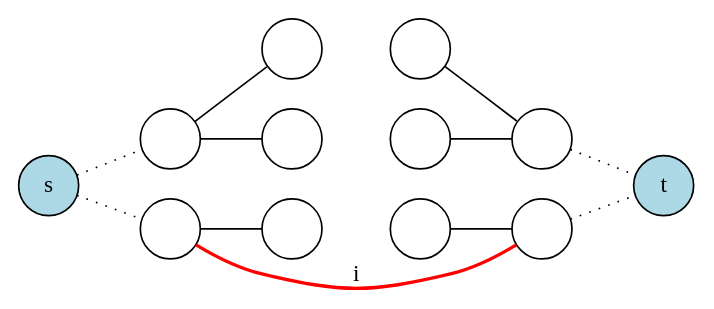
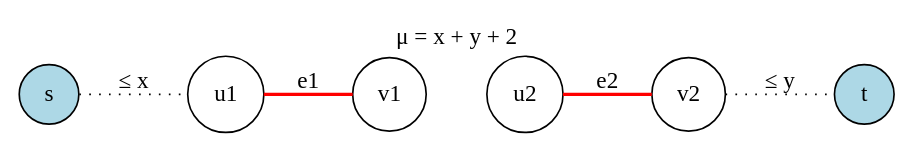
One commit to amitai100/bidirectional-dijkstra changed the fifth of 10 diagrams in presentation.qmd. Above: the diagram before and after it, drawn with Graphviz. The commit also changed other lines of this file, not shown here.

````diff
--- a/presentation.qmd
+++ b/presentation.qmd
@@ -309,33 +322,22 @@
 ```{dot}
-digraph {
-    rankdir=LR;
-
-    // Global edge setting: hide arrowheads
-    edge [dir=none]; 
-    node [shape=circle, label=""];
-
+graph  {
+    rankdir=LR
+    label="μ = x + y + 2";
+    labelloc = "t";
+    node [shape=circle];
+    
     s [label="s", style=filled, fillcolor=lightblue];
     t [label="t", style=filled, fillcolor=lightblue];
+    u1 [label="u1"];
+    v1 [label="v1"];
+    u2 [label="u2"];
+    v2 [label="v2"];
 
-    s -> {u1, u2} [style="dotted"];
-    u1 -> {u3, u4};
-    u2 -> u5;
-
-    {v3, v4} -> v1;
-    v5 -> v2;
-    {v1, v2} -> t [style="dotted"];
-
-    u2 -> v2 [label="i",style="bold", color=red, penwidth=2];
-    u3 -> v3 [style="invisible"];
-    u4 -> v4 [style="invisible"];
-    u5 -> v5 [style="invisible"];
-
-    {rank=source; s}
-    {rank=sink; t}
-    {rank=same; u1; u2}
-    {rank=same; v1; v2}
-    {rank=same; u3; u4; u5}
-    {rank=same; v3; v4; v5}
-
+    s -- u1 [style="dotted", label=" ≤ x"];
+    v2 -- t [style="dotted", label=" ≤ y"];
+    u1 -- v1 [label="e1", color=red, penwidth=2];
+    u2 -- v2 [label="e2", color=red, penwidth=2];
+    v1 -- u2 [style="invis"];
+    
 }
 ```
````
